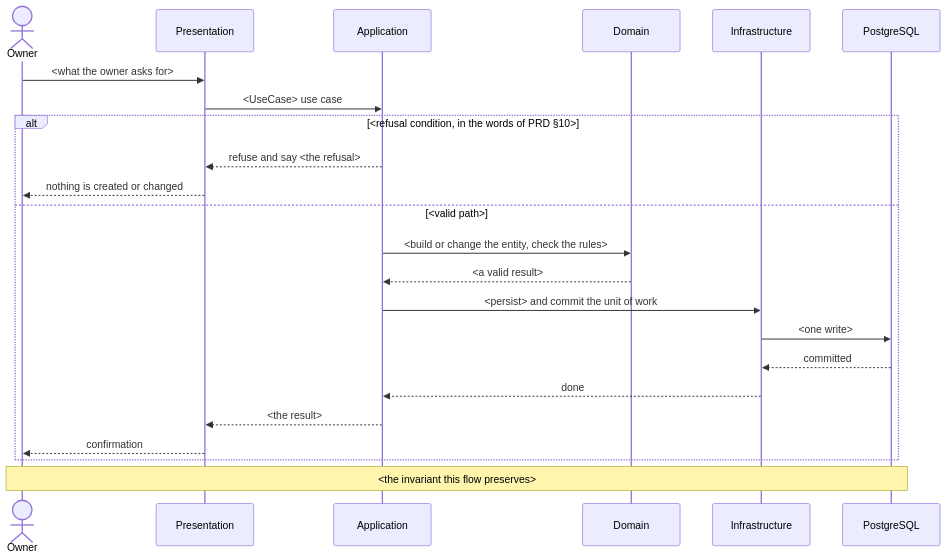
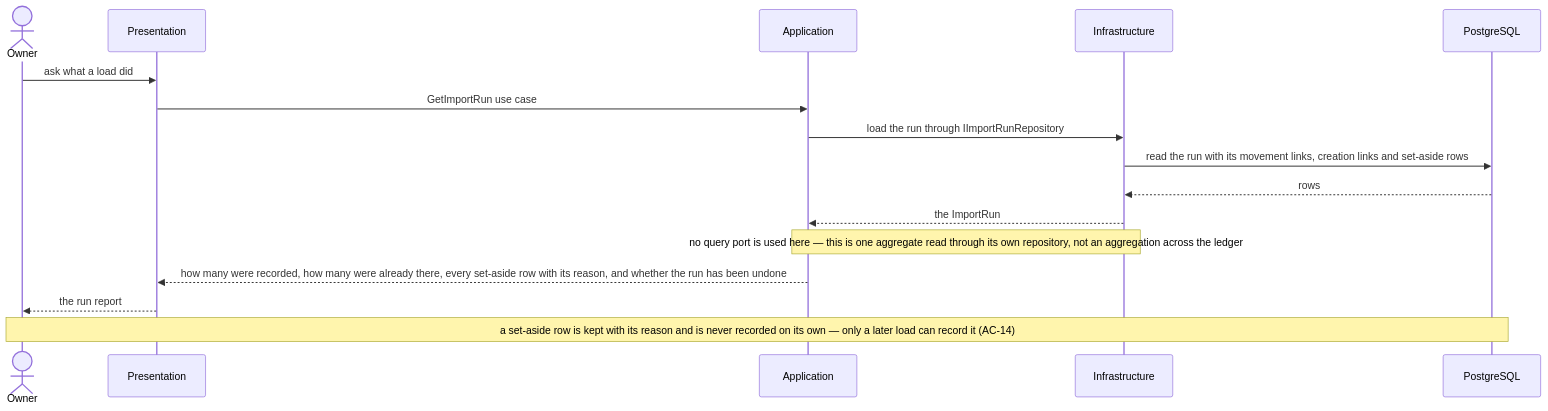
The seventh of 8 diagrams in docs/features/csv-import/sad.md (andrey-o-sim/FinNavis), drawn with Mermaid before and after one commit. The commit also changed other lines of this file, not shown here.

Commit message:
03: sad §6 — six runtime flows covering all 22 acceptance criteria; statement account comes from the owner

````diff
--- a/docs/features/csv-import/sad.md
+++ b/docs/features/csv-import/sad.md
@@ -421,26 +632,19 @@
 ```mermaid
 sequenceDiagram
     actor Owner
     participant Pres as Presentation
     participant App as Application
-    participant Dom as Domain
     participant Inf as Infrastructure
     participant PG as PostgreSQL
 
-    Owner->>Pres: <what the owner asks for>
-    Pres->>App: <UseCase> use case
-    alt <refusal condition, in the words of PRD §10>
-        App-->>Pres: refuse and say <the refusal>
-        Pres-->>Owner: nothing is created or changed
-    else <valid path>
-        App->>Dom: <build or change the entity, check the rules>
-        Dom-->>App: <a valid result>
-        App->>Inf: <persist> and commit the unit of work
-        Inf->>PG: <one write>
-        PG-->>Inf: committed
-        Inf-->>App: done
-        App-->>Pres: <the result>
-        Pres-->>Owner: confirmation
-    end
-    Note over Owner,PG: <the invariant this flow preserves>
+    Owner->>Pres: ask what a load did
+    Pres->>App: GetImportRun use case
+    App->>Inf: load the run through IImportRunRepository
+    Inf->>PG: read the run with its movement links, creation links and set-aside rows
+    PG-->>Inf: rows
+    Inf-->>App: the ImportRun
+    Note over App,Inf: no query port is used here — this is one aggregate read through its own repository, not an aggregation across the ledger
+    App-->>Pres: how many were recorded, how many were already there, every set-aside row with its reason, and whether the run has been undone
+    Pres-->>Owner: the run report
+    Note over Owner,PG: a set-aside row is kept with its reason and is never recorded on its own — only a later load can record it (AC-14)
 ```
````
